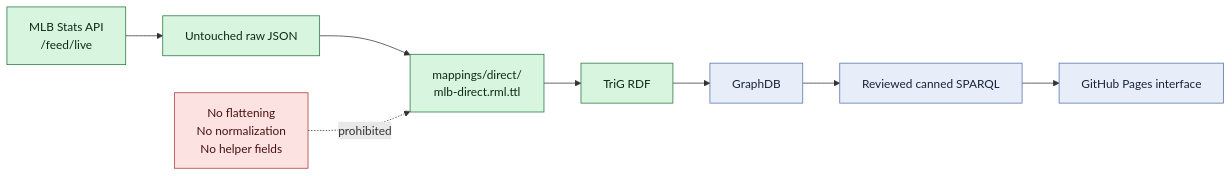
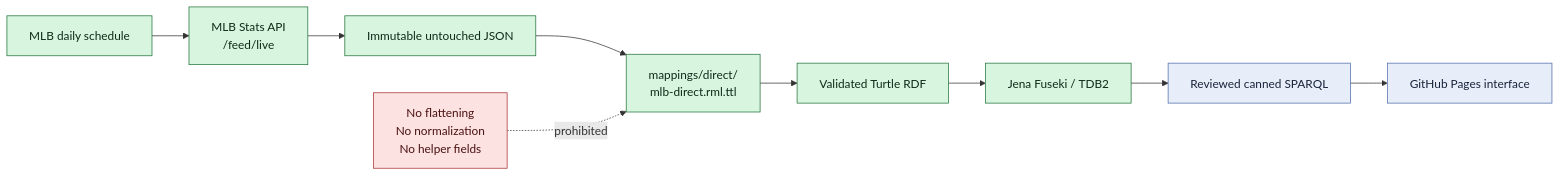
One commit to CarterBeauBenson/BaseballO changed the first of 2 diagrams in mermaid/01-pipeline-and-repository.md. Above: the diagram before and after it, drawn with Mermaid. The commit also changed other lines of this file and 12 other files, not shown here.

Commit message:
Add daily MLB game acquisition flow

````diff
--- a/mermaid/01-pipeline-and-repository.md
+++ b/mermaid/01-pipeline-and-repository.md
@@ -5,18 +5,19 @@
 ```mermaid
 flowchart LR
-    API["MLB Stats API<br/>/feed/live"] --> RAW["Untouched raw JSON"]
+    SCHEDULE["MLB daily schedule"] --> API["MLB Stats API<br/>/feed/live"]
+    API --> RAW["Immutable untouched JSON"]
     RAW --> RML["mappings/direct/<br/>mlb-direct.rml.ttl"]
-    RML --> TRIG["TriG RDF"]
-    TRIG --> GRAPHDB["GraphDB"]
-    GRAPHDB --> QUERY["Reviewed canned SPARQL"]
+    RML --> TURTLE["Validated Turtle RDF"]
+    TURTLE --> FUSEKI["Jena Fuseki / TDB2"]
+    FUSEKI --> QUERY["Reviewed canned SPARQL"]
     QUERY --> SITE["GitHub Pages interface"]
 
     ENRICH["No flattening<br/>No normalization<br/>No helper fields"] -. prohibited .-> RML
 
     classDef active fill:#d7f5df,stroke:#24733b,color:#102a18;
     classDef future fill:#e8eef9,stroke:#4f6fa8,color:#17233a;
     classDef prohibited fill:#fde2e2,stroke:#a33,color:#4a1111;
-    class API,RAW,RML,TRIG active;
-    class GRAPHDB,QUERY,SITE future;
+    class SCHEDULE,API,RAW,RML,TURTLE,FUSEKI active;
+    class QUERY,SITE future;
     class ENRICH prohibited;
 ```
````
